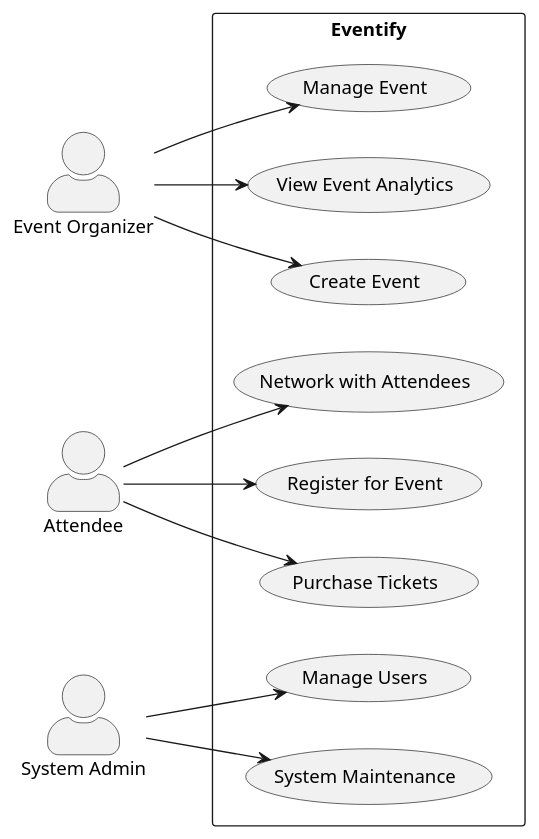
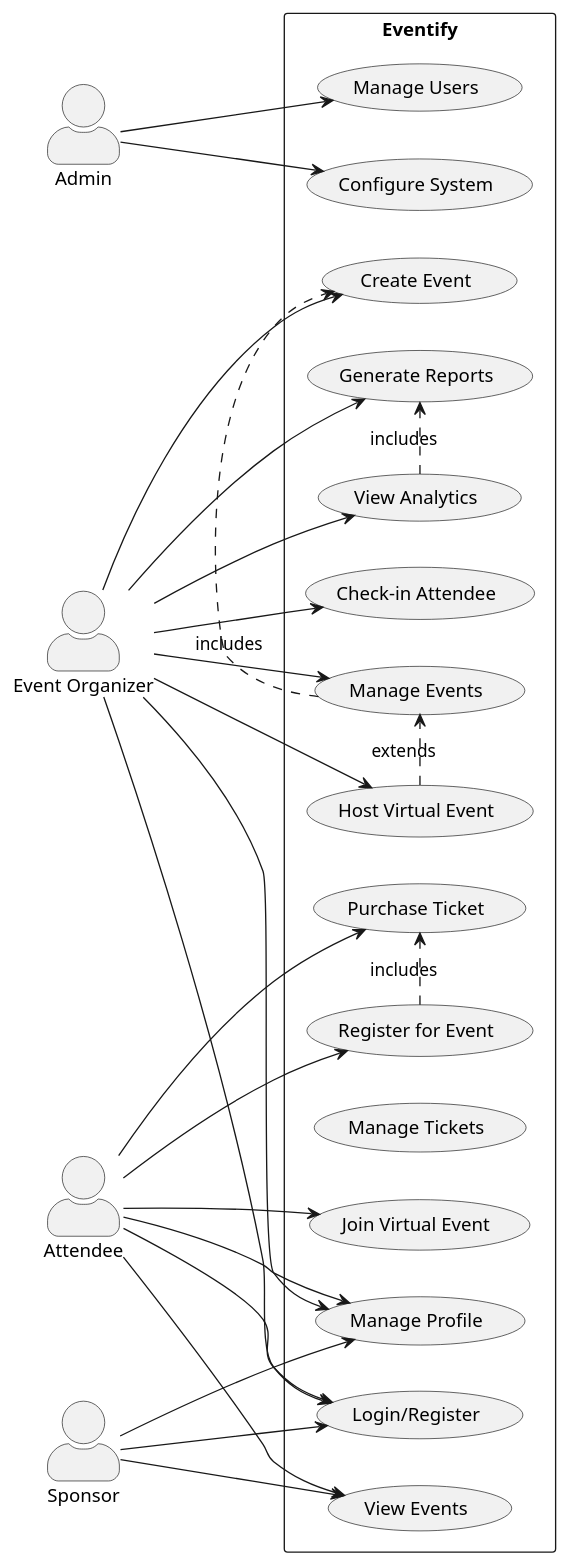
The second of 7 diagrams in chapter-3.md (LazyEllis/eventify), drawn with PlantUML before and after one commit. The commit also changed other lines of this file, not shown here.

Commit message:
Rework Architecture Diagrams

````diff
--- a/chapter-3.md
+++ b/chapter-3.md
@@ -364,32 +353,73 @@
 ```plantuml
 @startuml Use Case Diagram
 
 left to right direction
 skinparam actorStyle awesome
 
-actor "Event Organizer" as organizer
-actor "Attendee" as attendee
-actor "System Admin" as admin
+' Actors
+:Admin: as admin
+:Event Organizer: as organizer
+:Attendee: as attendee
+:Sponsor: as sponsor
 
 rectangle Eventify {
-  usecase "Create Event" as UC1
-  usecase "Manage Event" as UC2
-  usecase "Register for Event" as UC3
-  usecase "Purchase Tickets" as UC4
-  usecase "View Event Analytics" as UC5
-  usecase "Network with Attendees" as UC6
-  usecase "Manage Users" as UC7
-  usecase "System Maintenance" as UC8
+  ' User Management
+  usecase "Manage Profile" as profile
+  usecase "Login/Register" as auth
+
+  ' Event Management
+  usecase "Create Event" as createEvent
+  usecase "Manage Events" as manageEvent
+  usecase "View Events" as viewEvent
+  usecase "Register for Event" as registerEvent
+
+  ' Ticketing
+  usecase "Purchase Ticket" as buyTicket
+  usecase "Manage Tickets" as manageTicket
+  usecase "Check-in Attendee" as checkin
+
+  ' Virtual Events
+  usecase "Host Virtual Event" as hostVirtual
+  usecase "Join Virtual Event" as joinVirtual
+
+  ' Analytics
+  usecase "View Analytics" as analytics
+  usecase "Generate Reports" as reports
+
+  ' System Management
+  usecase "Manage Users" as manageUsers
+  usecase "Configure System" as configSystem
 }
 
-organizer --> UC1
-organizer --> UC2
-organizer --> UC5
-attendee --> UC3
-attendee --> UC4
-attendee --> UC6
-admin --> UC7
-admin --> UC8
+' Relationships
+admin --> manageUsers
+admin --> configSystem
+
+organizer --> auth
+organizer --> profile
+organizer --> createEvent
+organizer --> manageEvent
+organizer --> analytics
+organizer --> reports
+organizer --> checkin
+organizer --> hostVirtual
+
+attendee --> auth
+attendee --> profile
+attendee --> viewEvent
+attendee --> registerEvent
+attendee --> buyTicket
+attendee --> joinVirtual
+
+sponsor --> auth
+sponsor --> profile
+sponsor --> viewEvent
+
+' Include/Extend relationships
+manageEvent .> createEvent : includes
+registerEvent .> buyTicket : includes
+hostVirtual .> manageEvent : extends
+analytics .> reports : includes
 
 @enduml
 ```
````
